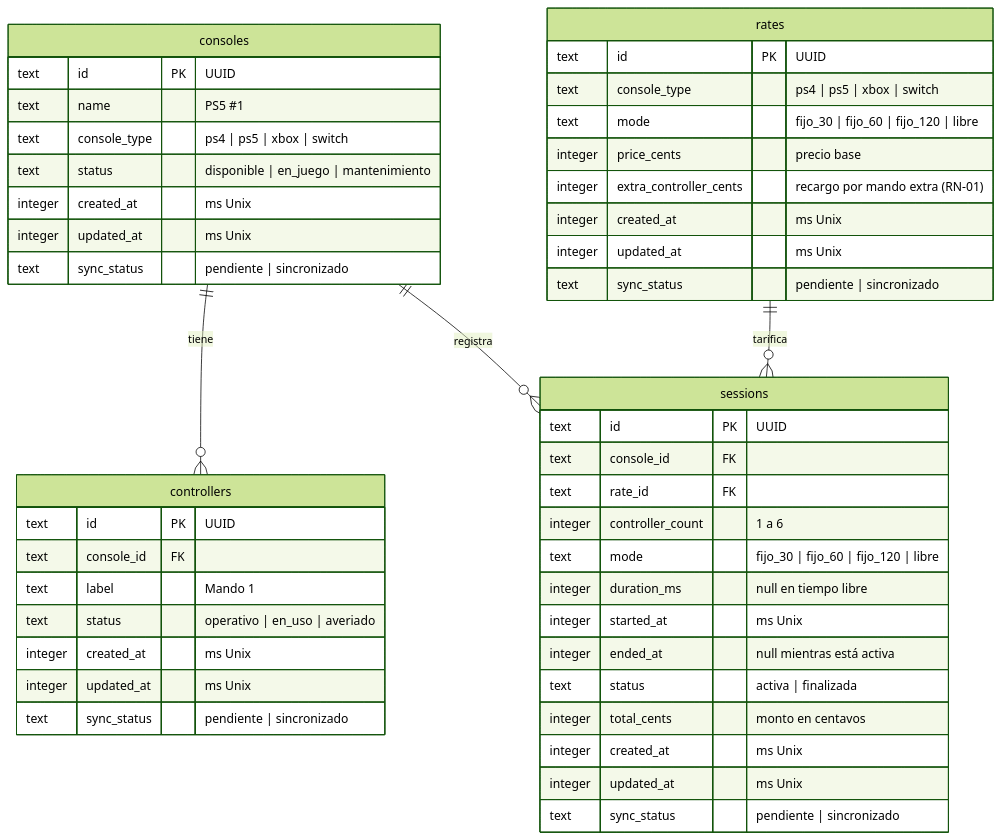
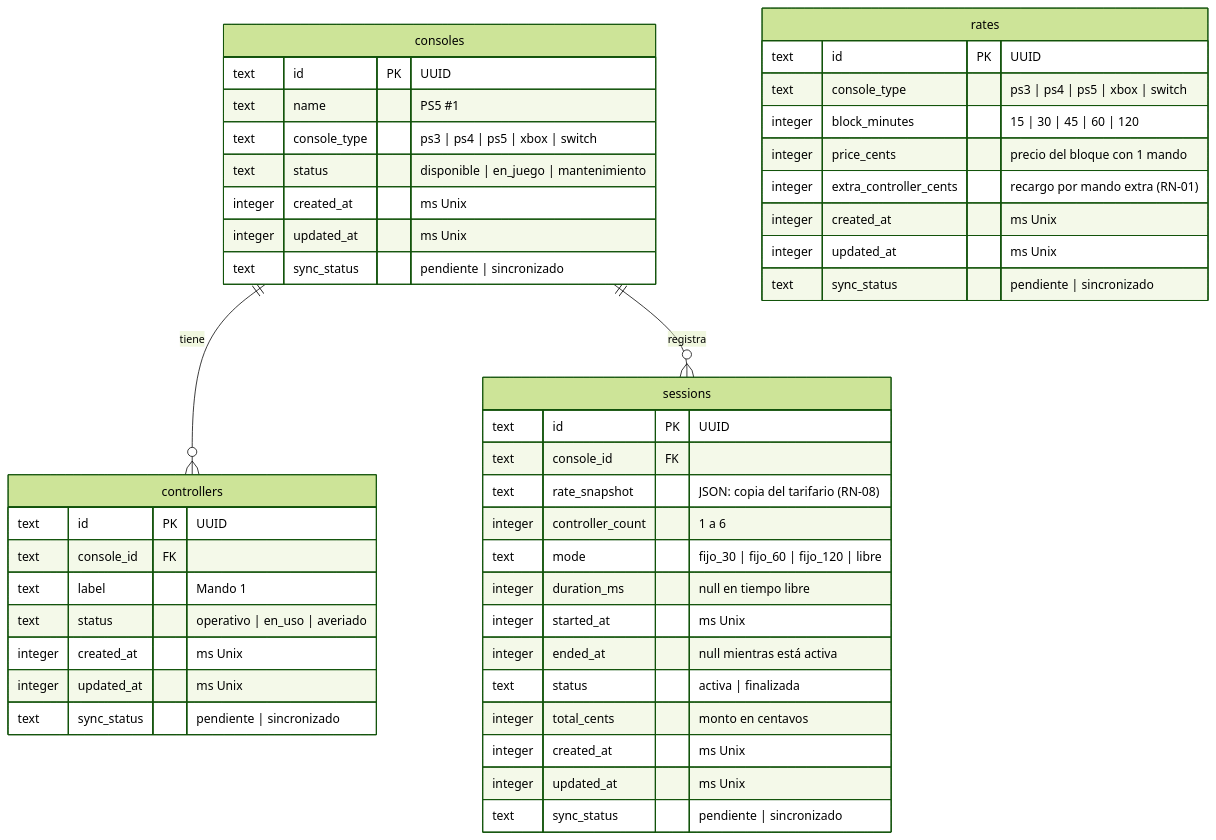
One commit to VictorMA18/ConsoleControl changed the diagram in docs/architecture/base-de-datos.md. Above: the diagram before and after it, drawn with Mermaid (forest theme). The commit also changed other lines of this file and 18 other files, not shown here.

Commit message:
feat(T13): implementar motor de tarifas por bloques con recargo por mando

````diff
--- a/docs/architecture/base-de-datos.md
+++ b/docs/architecture/base-de-datos.md
@@ -18,53 +18,52 @@
 ```mermaid
 erDiagram
     consoles ||--o{ controllers : "tiene"
     consoles ||--o{ sessions : "registra"
-    rates ||--o{ sessions : "tarifica"
 
     consoles {
         text id PK "UUID"
         text name "PS5 #1"
-        text console_type "ps4 | ps5 | xbox | switch"
+        text console_type "ps3 | ps4 | ps5 | xbox | switch"
         text status "disponible | en_juego | mantenimiento"
         integer created_at "ms Unix"
         integer updated_at "ms Unix"
         text sync_status "pendiente | sincronizado"
     }
 
     controllers {
         text id PK "UUID"
         text console_id FK
         text label "Mando 1"
         text status "operativo | en_uso | averiado"
         integer created_at "ms Unix"
         integer updated_at "ms Unix"
         text sync_status "pendiente | sincronizado"
     }
 
     sessions {
         text id PK "UUID"
         text console_id FK
-        text rate_id FK
+        text rate_snapshot "JSON: copia del tarifario (RN-08)"
         integer controller_count "1 a 6"
         text mode "fijo_30 | fijo_60 | fijo_120 | libre"
         integer duration_ms "null en tiempo libre"
         integer started_at "ms Unix"
         integer ended_at "null mientras está activa"
         text status "activa | finalizada"
         integer total_cents "monto en centavos"
         integer created_at "ms Unix"
         integer updated_at "ms Unix"
         text sync_status "pendiente | sincronizado"
     }
 
     rates {
         text id PK "UUID"
-        text console_type "ps4 | ps5 | xbox | switch"
-        text mode "fijo_30 | fijo_60 | fijo_120 | libre"
-        integer price_cents "precio base"
+        text console_type "ps3 | ps4 | ps5 | xbox | switch"
+        integer block_minutes "15 | 30 | 45 | 60 | 120"
+        integer price_cents "precio del bloque con 1 mando"
         integer extra_controller_cents "recargo por mando extra (RN-01)"
         integer created_at "ms Unix"
         integer updated_at "ms Unix"
         text sync_status "pendiente | sincronizado"
     }
 ```
````
